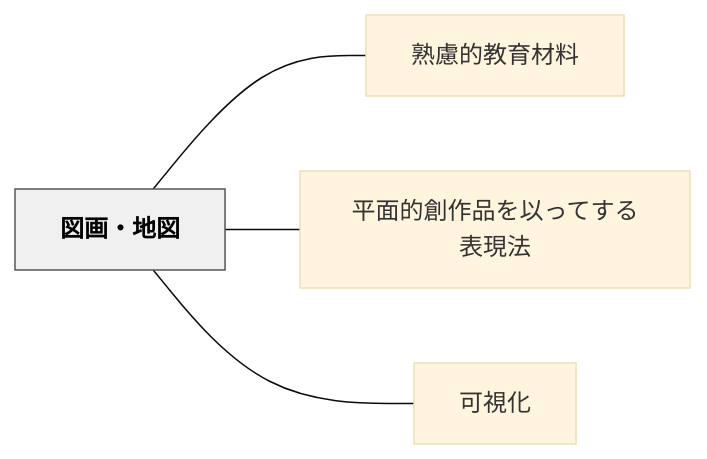
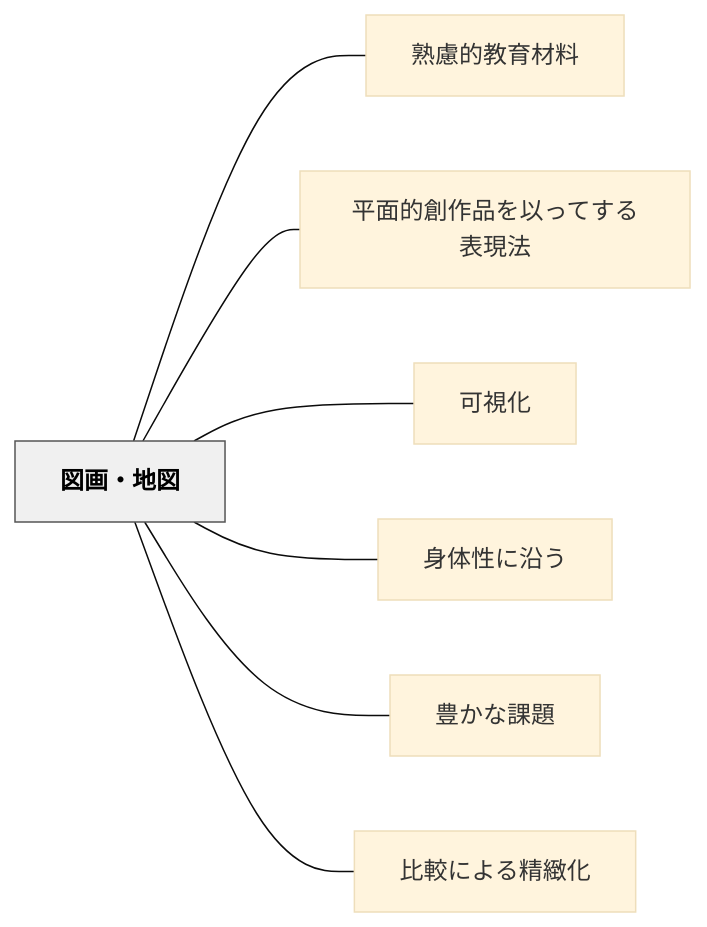
The diagram in content/パタン/図画・地図.md (unknownthings-ed-patterns/unknownthings-ed-patterns), drawn with Mermaid (base theme) before and after one commit. The commit also changed other lines of this file and 71 other files, not shown here.

````diff
--- a/content/パタン/図画・地図.md
+++ b/content/パタン/図画・地図.md
@@ -44,14 +47,20 @@
 ```mermaid
 flowchart LR
     ne59bb3e794bbe383bbe59cb0e59bb3["図画・地図"]
     ne7869fe685aee79a84e69599e882b2e69d90e69699["熟慮的教育材料"]
     ne5b9b3e99da2e79a84e589b5e4bd9ce59381e38292e4bba5e381a3e381a6e38199e3828be8a1a8e78fbee6b395["平面的創作品を以ってする表現法"]
     ne58fafe8a696e58c96["可視化"]
+    ne8baabe4bd93e680a7e381abe6b2bfe38186["身体性に沿う"]
+    ne8b18ae3818be381aae8aab2e9a18c["豊かな課題"]
+    ne6af94e8bc83e381abe38288e3828be7b2bee7b7bbe58c96["比較による精緻化"]
 
     ne59bb3e794bbe383bbe59cb0e59bb3 --- ne7869fe685aee79a84e69599e882b2e69d90e69699
     ne59bb3e794bbe383bbe59cb0e59bb3 --- ne5b9b3e99da2e79a84e589b5e4bd9ce59381e38292e4bba5e381a3e381a6e38199e3828be8a1a8e78fbee6b395
     ne59bb3e794bbe383bbe59cb0e59bb3 --- ne58fafe8a696e58c96
+    ne59bb3e794bbe383bbe59cb0e59bb3 --- ne8baabe4bd93e680a7e381abe6b2bfe38186
+    ne59bb3e794bbe383bbe59cb0e59bb3 --- ne8b18ae3818be381aae8aab2e9a18c
+    ne59bb3e794bbe383bbe59cb0e59bb3 --- ne6af94e8bc83e381abe38288e3828be7b2bee7b7bbe58c96
 
     classDef hub fill:#f0f0f0,stroke:#555,color:#000,font-weight:bold
     class ne59bb3e794bbe383bbe59cb0e59bb3 hub
 ```
````
